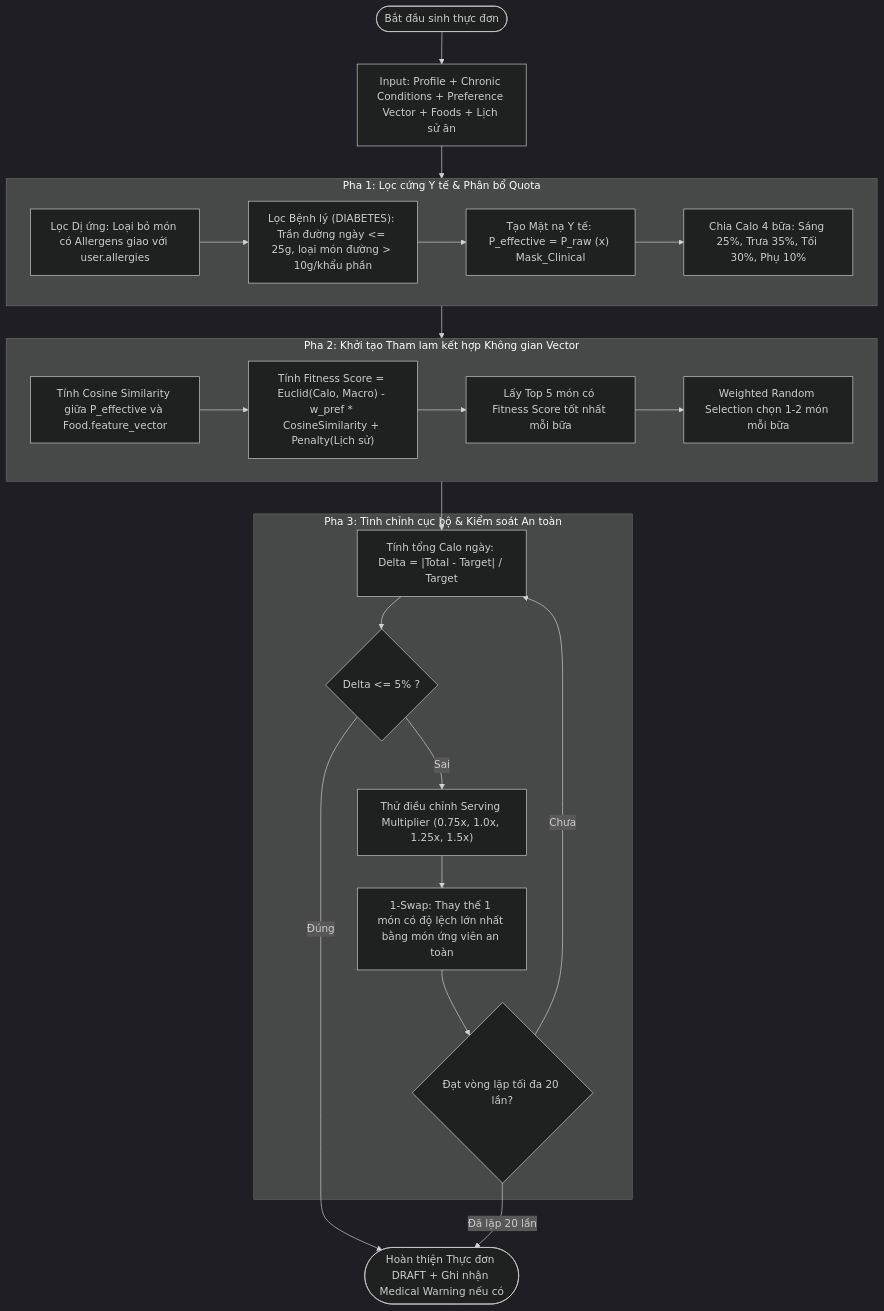
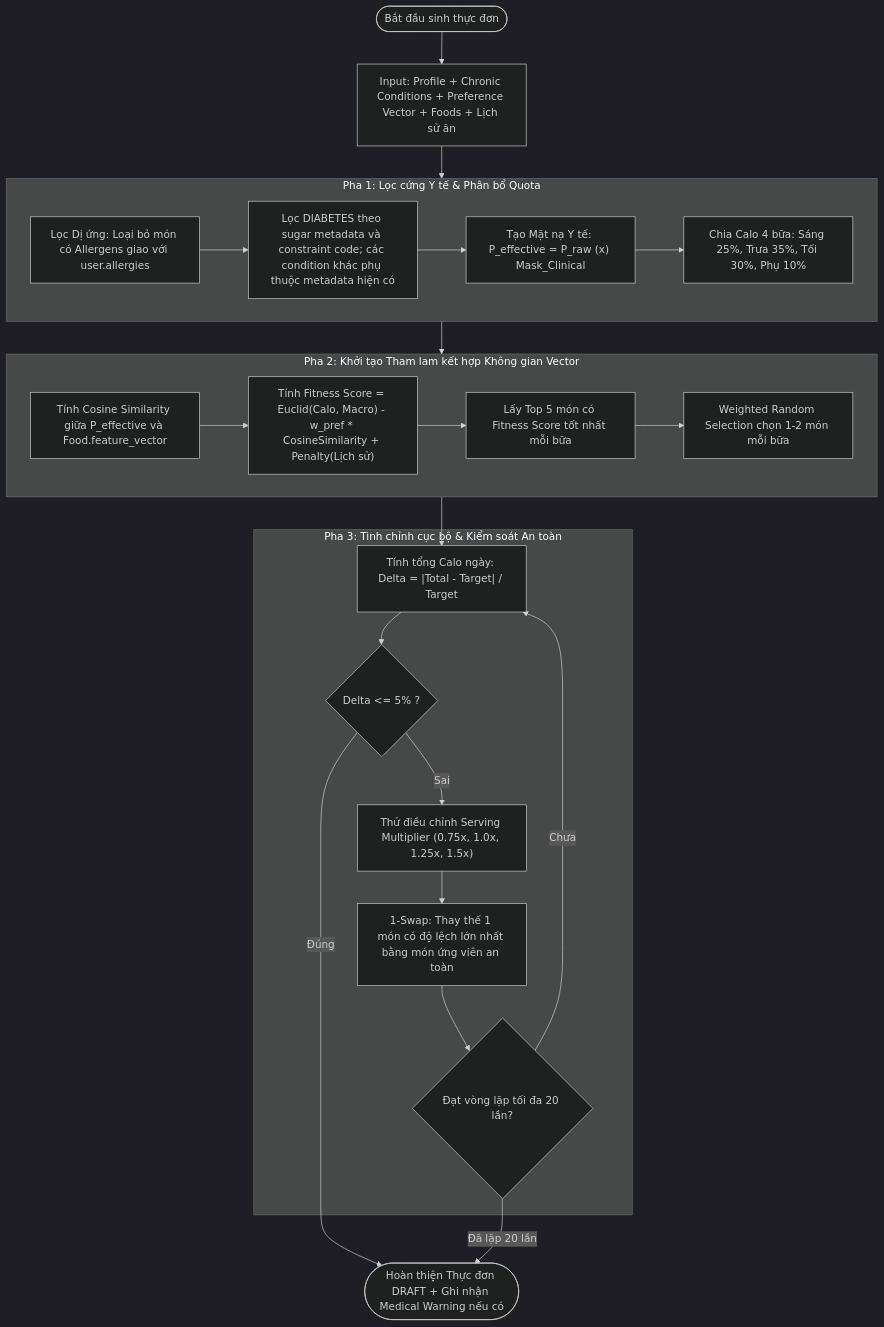
Before and after one commit to tranductrung04/kallo-backend: the diagram in docs/IMPLEMENT_MODULE_PLAN.md, drawn with Mermaid (dark theme). The commit also changed other lines of this file and 4 other files, not shown here.

````diff
--- a/docs/IMPLEMENT_MODULE_PLAN.md
+++ b/docs/IMPLEMENT_MODULE_PLAN.md
@@ -251,39 +253,39 @@
 ```mermaid
 flowchart TD
     Start(["Bắt đầu sinh thực đơn"]) --> Input["Input: Profile + Chronic Conditions + Preference Vector + Foods + Lịch sử ăn"]
     
     subgraph Phase1 ["Pha 1: Lọc cứng Y tế & Phân bổ Quota"]
         F1["Lọc Dị ứng: Loại bỏ món có Allergens giao với user.allergies"]
-        F2["Lọc Bệnh lý (DIABETES): Trần đường ngày <= 25g, loại món đường > 10g/khẩu phần"]
+        F2["Lọc DIABETES theo sugar metadata và constraint code; các condition khác phụ thuộc metadata hiện có"]
         F3["Tạo Mặt nạ Y tế: P_effective = P_raw (x) Mask_Clinical"]
         F4["Chia Calo 4 bữa: Sáng 25%, Trưa 35%, Tối 30%, Phụ 10%"]
         F1 --> F2 --> F3 --> F4
     end
     
     subgraph Phase2 ["Pha 2: Khởi tạo Tham lam kết hợp Không gian Vector"]
         G1["Tính Cosine Similarity giữa P_effective và Food.feature_vector"]
         G2["Tính Fitness Score = Euclid(Calo, Macro) - w_pref * CosineSimilarity + Penalty(Lịch sử)"]
         G3["Lấy Top 5 món có Fitness Score tốt nhất mỗi bữa"]
         G4["Weighted Random Selection chọn 1-2 món mỗi bữa"]
         G1 --> G2 --> G3 --> G4
     end
     
     subgraph Phase3 ["Pha 3: Tinh chỉnh cục bộ & Kiểm soát An toàn"]
         R1["Tính tổng Calo ngày: Delta = |Total - Target| / Target"]
         R2{"Delta <= 5% ?"}
         R3["Thử điều chỉnh Serving Multiplier (0.75x, 1.0x, 1.25x, 1.5x)"]
         R4["1-Swap: Thay thế 1 món có độ lệch lớn nhất bằng món ứng viên an toàn"]
         R5{"Đạt vòng lặp tối đa 20 lần?"}
     end
     
     Input --> Phase1
     Phase1 --> Phase2
     Phase2 --> R1
     R1 --> R2
     R2 -- Đúng --> Output(["Hoàn thiện Thực đơn DRAFT + Ghi nhận Medical Warning nếu có"])
     R2 -- Sai --> R3
     R3 --> R4
     R4 --> R5
     R5 -- Chưa --> R1
     R5 -- Đã lặp 20 lần --> Output
 ```
````
